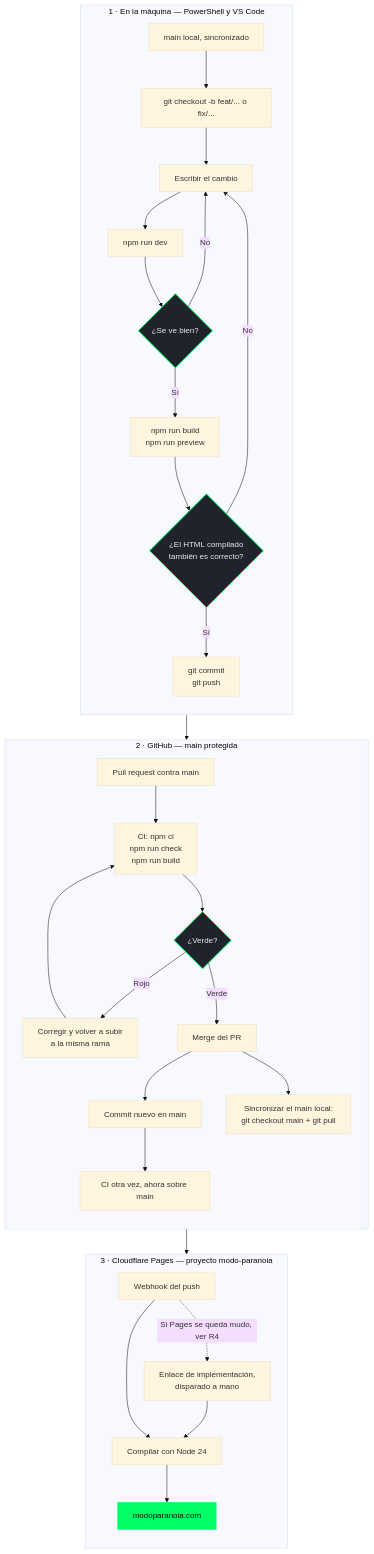
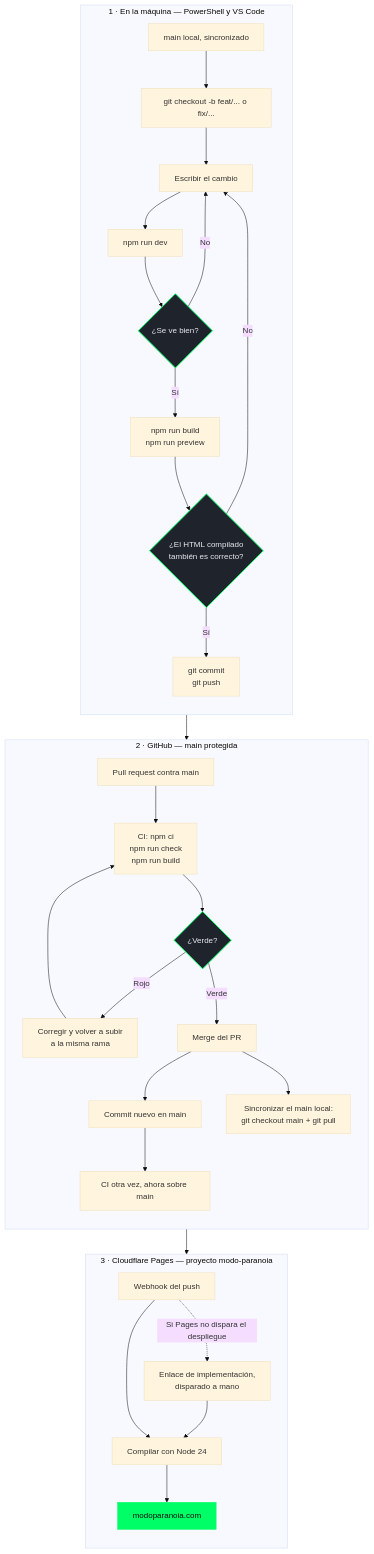
The diagram in docs/diagramas/flujo-de-publicacion.md (jose16d/modo-paranoia), drawn with Mermaid (base theme) before and after one commit. The commit also changed 1 other file, not shown here.

Commit message:
docs: actualizar estructura en readme y limpiar diagrama de flujo
Se documentan las carpetas docs/adr y docs/diagramas creadas en la Fase 10 y se sustituye la referencia a R4 por una explicacion autocontenida en el diagrama de flujo.

````diff
--- a/docs/diagramas/flujo-de-publicacion.md
+++ b/docs/diagramas/flujo-de-publicacion.md
@@ -7,43 +7,43 @@
 ```mermaid
 flowchart TD
     subgraph local["1 · En la máquina — PowerShell y VS Code"]
         direction TB
         A["main local, sincronizado"] --> B["git checkout -b feat/... o fix/..."]
         B --> C["Escribir el cambio"]
         C --> D["npm run dev"]
         D --> E{"¿Se ve bien?"}
         E -->|No| C
         E -->|Sí| F["npm run build<br/>npm run preview"]
         F --> G{"¿El HTML compilado<br/>también es correcto?"}
         G -->|No| C
         G -->|Sí| H["git commit<br/>git push"]
     end
 
     subgraph github["2 · GitHub — main protegida"]
         direction TB
         I["Pull request contra main"] --> J["CI: npm ci<br/>npm run check<br/>npm run build"]
         J --> K{"¿Verde?"}
         K -->|Rojo| L["Corregir y volver a subir<br/>a la misma rama"]
         K -->|Verde| M["Merge del PR"]
         M --> N["Commit nuevo en main"]
         N --> O["CI otra vez, ahora sobre main"]
         M --> T["Sincronizar el main local:<br/>git checkout main + git pull"]
     end
 
     subgraph cf["3 · Cloudflare Pages — proyecto modo-paranoia"]
         direction TB
         P["Webhook del push"] --> Q["Compilar con Node 24"]
         Q --> R["modoparanoia.com"]
-        P -.->|"Si Pages se queda mudo, ver R4"| S["Enlace de implementación,<br/>disparado a mano"]
+        P -.->|"Si Pages no dispara el despliegue"| S["Enlace de implementación,<br/>disparado a mano"]
         S --> Q
     end
 
     H --> I
     L --> J
     N --> P
 
     classDef puerta fill:#1F232B,stroke:#00FF66,stroke-width:2px,color:#E8EAF0
     classDef salida fill:#00FF66,stroke:#00FF66,color:#0D0E12
     class E,G,K puerta
     class R salida
 ```
````
